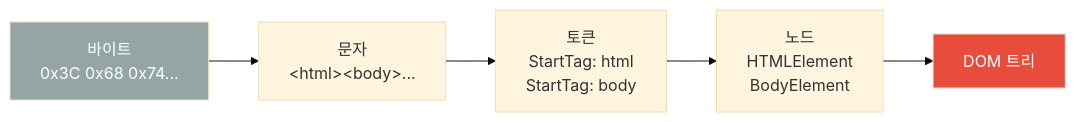
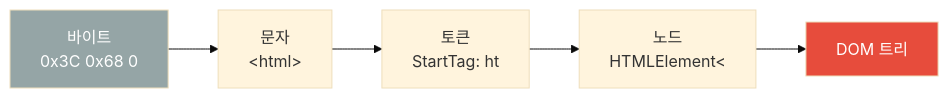
Before and after one commit to yjkim2015/yjkim2015.github.io: the second of 10 diagrams in _posts/frontend/2026-05-02-browser-rendering.md, drawn with Mermaid (base theme). The commit also changed other lines of this file and 271 other files, not shown here.

First line of the commit message:
Mermaid 라벨 축소: 긴 노드 텍스트 18자 이하로 트림 + \n 제거

````diff
--- a/_posts/frontend/2026-05-02-browser-rendering.md
+++ b/_posts/frontend/2026-05-02-browser-rendering.md
@@ -50,9 +50,9 @@
 ```mermaid
 flowchart LR
-    A["바이트<br>0x3C 0x68 0x74..."] --> B["문자<br>&lt;html&gt;&lt;body&gt;..."]
-    B --> C["토큰<br>StartTag: html<br>StartTag: body"]
-    C --> D["노드<br>HTMLElement<br>BodyElement"]
+    A["바이트<br>0x3C 0x68 0"] --> B["문자<br>&lt;html&gt;"]
+    B --> C["토큰<br>StartTag: ht"]
+    C --> D["노드<br>HTMLElement<"]
     D --> E["DOM 트리"]
     style A fill:#95a5a6,color:#fff
     style E fill:#e74c3c,color:#fff
 ```
````
